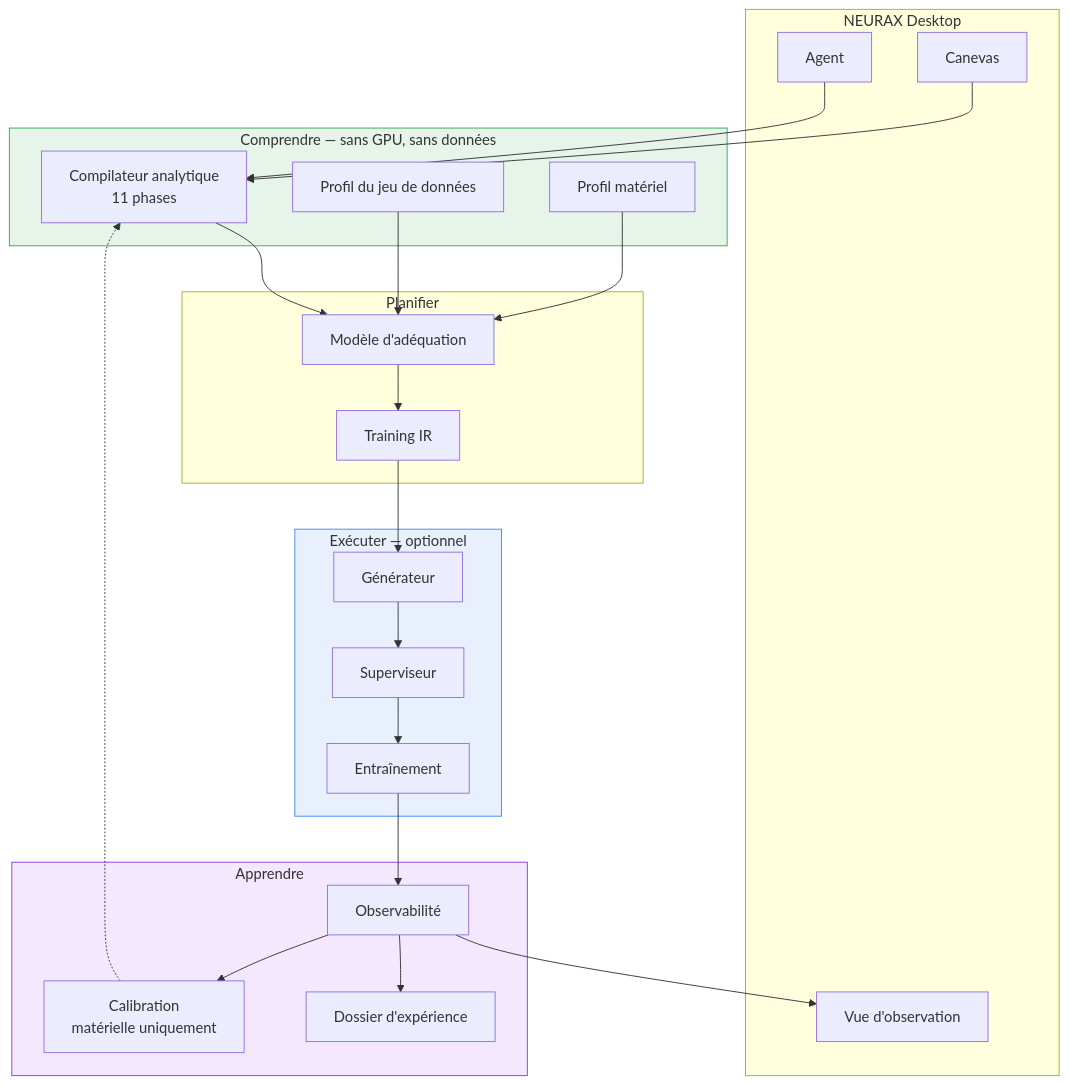
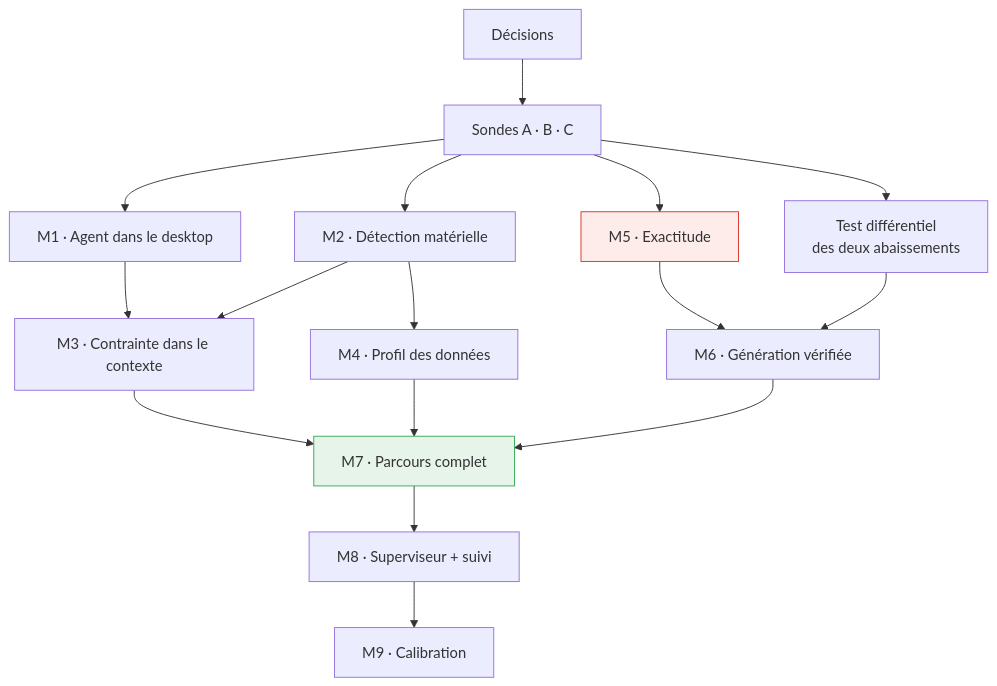
One commit to rustnew/NEURAX changed the fourth of 4 diagrams in idee.md. Above: the diagram before and after it, drawn with Mermaid. The commit also changed other lines of this file, not shown here.

````diff
--- a/idee.md
+++ b/idee.md
@@ -517,47 +338,22 @@
 ```mermaid
 flowchart TB
-    subgraph ui["NEURAX Desktop"]
-        canvas["Canevas"]
-        agent["Agent"]
-        obsui["Vue d'observation"]
-    end
+    D["Décisions"] --> S["Sondes A · B · C"]
+    S --> M1["M1 · Agent dans le desktop"]
+    S --> M2["M2 · Détection matérielle"]
+    S --> M5["M5 · Exactitude"]
+    S --> DT["Test différentiel<br/>des deux abaissements"]
 
-    subgraph understand["Comprendre — sans GPU, sans données"]
-        hwp["Profil matériel"]
-        dsp["Profil du jeu de données"]
-        comp["Compilateur analytique<br/>11 phases"]
-    end
+    M1 --> M3["M3 · Contrainte dans le contexte"]
+    M2 --> M3
+    M2 --> M4["M4 · Profil des données"]
+    M3 --> M7["M7 · Parcours complet"]
+    M4 --> M7
+    M5 --> M6["M6 · Génération vérifiée"]
+    DT --> M6
+    M6 --> M7
+    M7 --> M8["M8 · Superviseur + suivi"]
+    M8 --> M9["M9 · Calibration"]
 
-    subgraph plan["Planifier"]
-        fit["Modèle d'adéquation"]
-        tir["Training IR"]
-    end
-
-    subgraph exec["Exécuter — optionnel"]
-        gen["Générateur"]
-        sup["Superviseur"]
-        run["Entraînement"]
-    end
-
-    subgraph learn["Apprendre"]
-        obs["Observabilité"]
-        cal["Calibration<br/>matérielle uniquement"]
-        rec["Dossier d'expérience"]
-    end
-
-    canvas --> comp
-    agent --> comp
-    hwp --> fit
-    dsp --> fit
-    comp --> fit
-    fit --> tir
-    tir --> gen --> sup --> run
-    run --> obs --> obsui
-    obs --> cal
-    obs --> rec
-    cal -.-> comp
-
-    style understand fill:#e6f4ea,stroke:#34a853
-    style exec fill:#e8f0fe,stroke:#4285f4
-    style learn fill:#f3e8fd,stroke:#9334e6
+    style M5 fill:#fdecea,stroke:#d93025
+    style M7 fill:#e6f4ea,stroke:#34a853
 ```
````
